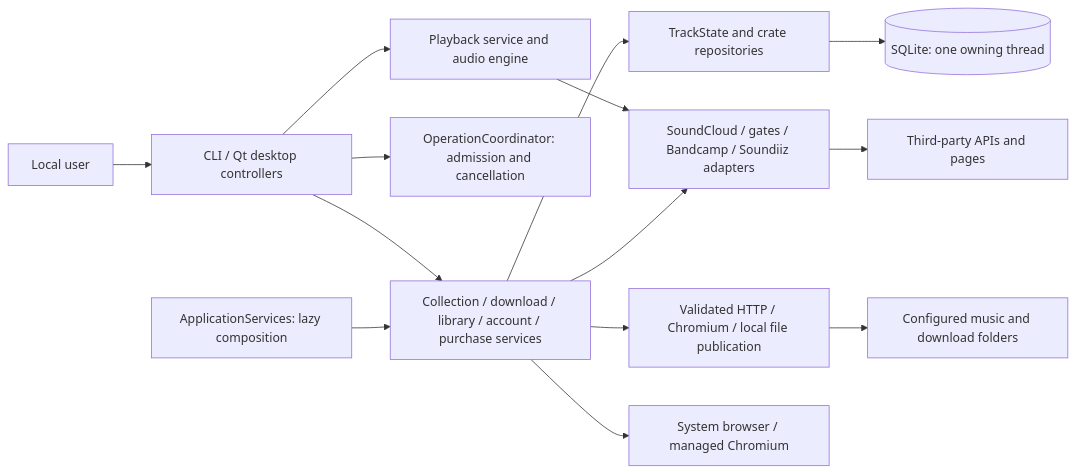
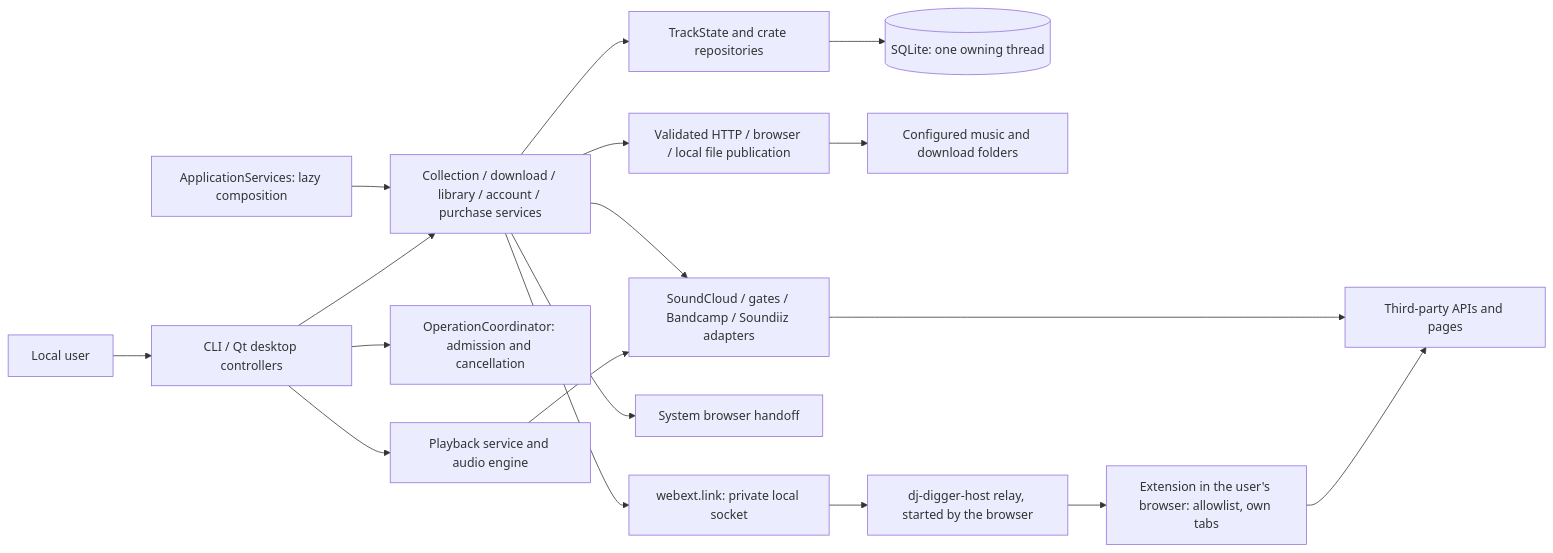
One commit to fbialogrecki/dj-digger changed the diagram in PROJECT-SPECIFICATION.md. Above: the diagram before and after it, drawn with Mermaid. The commit also changed other lines of this file and 5 other files, not shown here.

First line of the commit message:
docs: specify the browser-extension architecture for 1.4.0

````diff
--- a/PROJECT-SPECIFICATION.md
+++ b/PROJECT-SPECIFICATION.md
@@ -985,16 +1016,20 @@
 ```mermaid
 flowchart LR
     U[Local user] --> CLI[CLI / Qt desktop controllers]
     ROOT[ApplicationServices: lazy composition] --> SERVICES[Collection / download / library / account / purchase services]
     CLI --> SERVICES
     CLI --> OPS[OperationCoordinator: admission and cancellation]
     SERVICES --> ADAPTERS[SoundCloud / gates / Bandcamp / Soundiiz adapters]
     ADAPTERS --> EXTERNAL[Third-party APIs and pages]
     SERVICES --> STATE[TrackState and crate repositories]
     STATE --> DB[(SQLite: one owning thread)]
-    SERVICES --> FILES[Validated HTTP / Chromium / local file publication]
+    SERVICES --> FILES[Validated HTTP / browser / local file publication]
     FILES --> MUSIC[Configured music and download folders]
-    SERVICES --> BROWSER[System browser / managed Chromium]
+    SERVICES --> BROWSER[System browser handoff]
+    SERVICES --> LINK[webext.link: private local socket]
+    LINK --> HOST[dj-digger-host relay, started by the browser]
+    HOST --> EXT[Extension in the user's browser: allowlist, own tabs]
+    EXT --> EXTERNAL
     CLI --> AUDIO[Playback service and audio engine]
     AUDIO --> ADAPTERS
 ```
````
